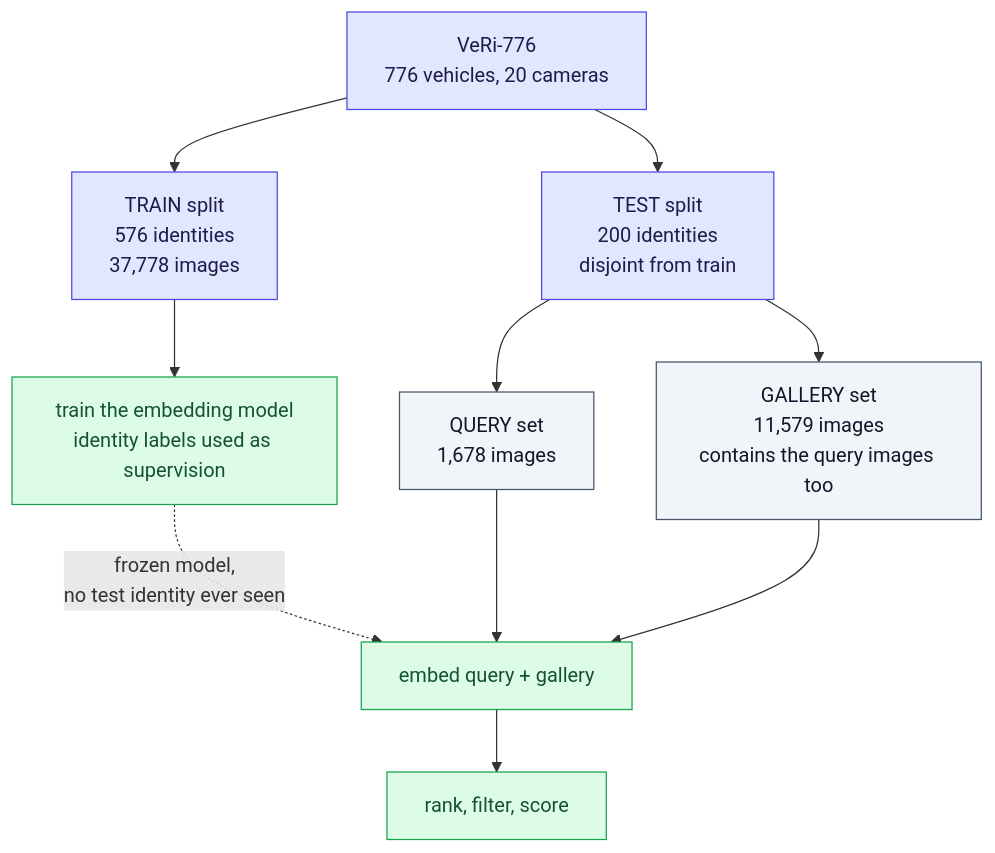
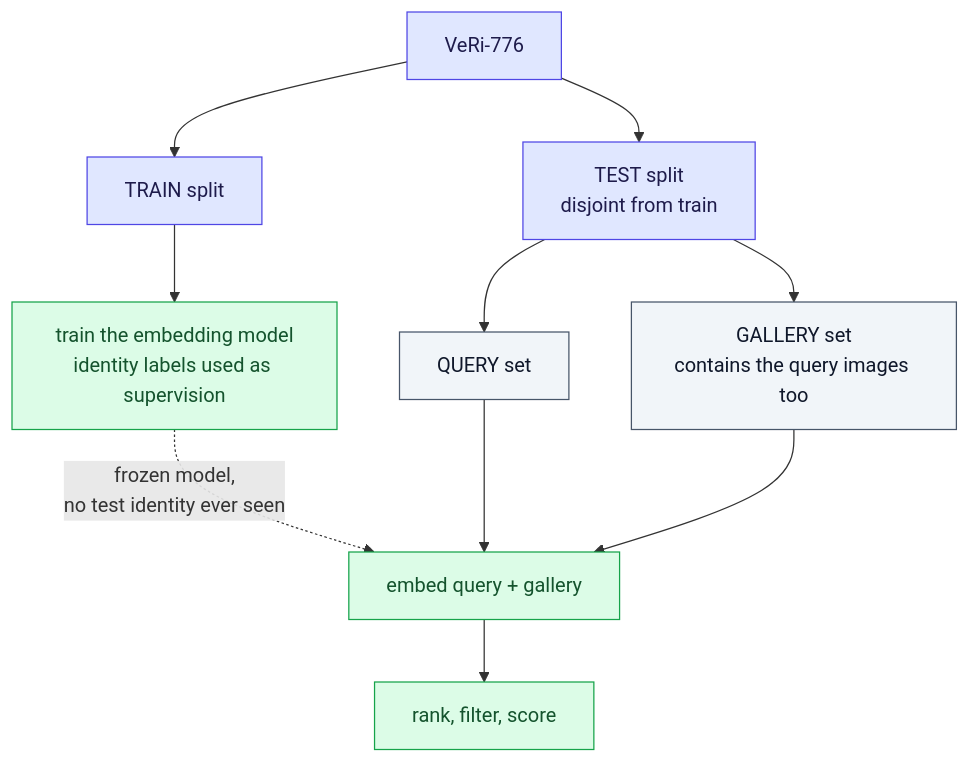
The first of 11 diagrams in docs/gallery-and-evaluation-kb.md (karolmajek/torment-nexus), drawn with Mermaid before and after one commit. The commit also changed other lines of this file and 29 other files, not shown here.

````diff
--- a/docs/gallery-and-evaluation-kb.md
+++ b/docs/gallery-and-evaluation-kb.md
@@ -50,22 +54,22 @@
 ```mermaid
 flowchart TD
-    ALL["VeRi-776<br/>776 vehicles, 20 cameras"]
-    ALL --> TR["TRAIN split<br/>576 identities<br/>37,778 images"]
-    ALL --> TE["TEST split<br/>200 identities<br/>disjoint from train"]
+    ALL["VeRi-776"]
+    ALL --> TR["TRAIN split"]
+    ALL --> TE["TEST split<br/>disjoint from train"]
 
     TR --> M["train the embedding model<br/>identity labels used as supervision"]
-    TE --> QQ["QUERY set<br/>1,678 images"]
-    TE --> GG["GALLERY set<br/>11,579 images<br/>contains the query images too"]
+    TE --> QQ["QUERY set"]
+    TE --> GG["GALLERY set<br/>contains the query images too"]
 
     M -.->|"frozen model,<br/>no test identity ever seen"| EMB["embed query + gallery"]
     QQ --> EMB
     GG --> EMB
     EMB --> EVAL["rank, filter, score"]
 
     classDef split fill:#e0e7ff,stroke:#4f46e5,color:#1e1b4b
     classDef data fill:#f1f5f9,stroke:#475569,color:#0f172a
     classDef act fill:#dcfce7,stroke:#16a34a,color:#14532d
     class ALL,TR,TE split
     class QQ,GG data
     class M,EMB,EVAL act
 ```
````
